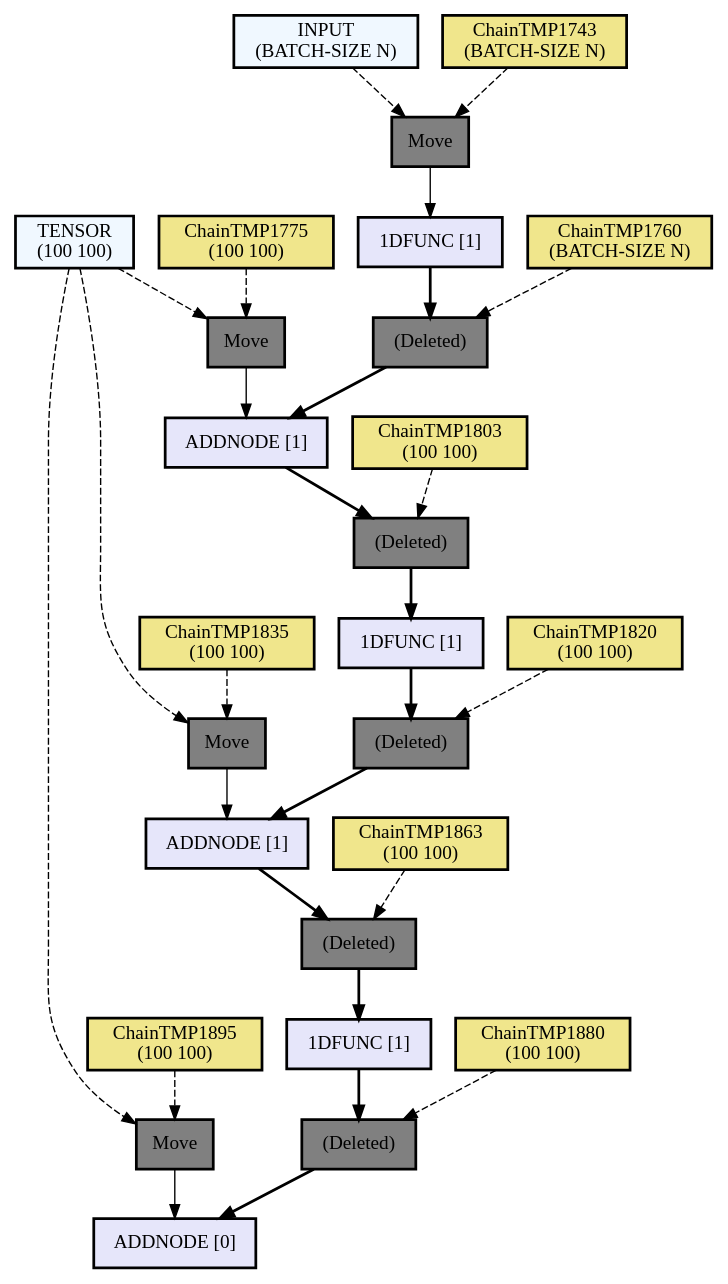
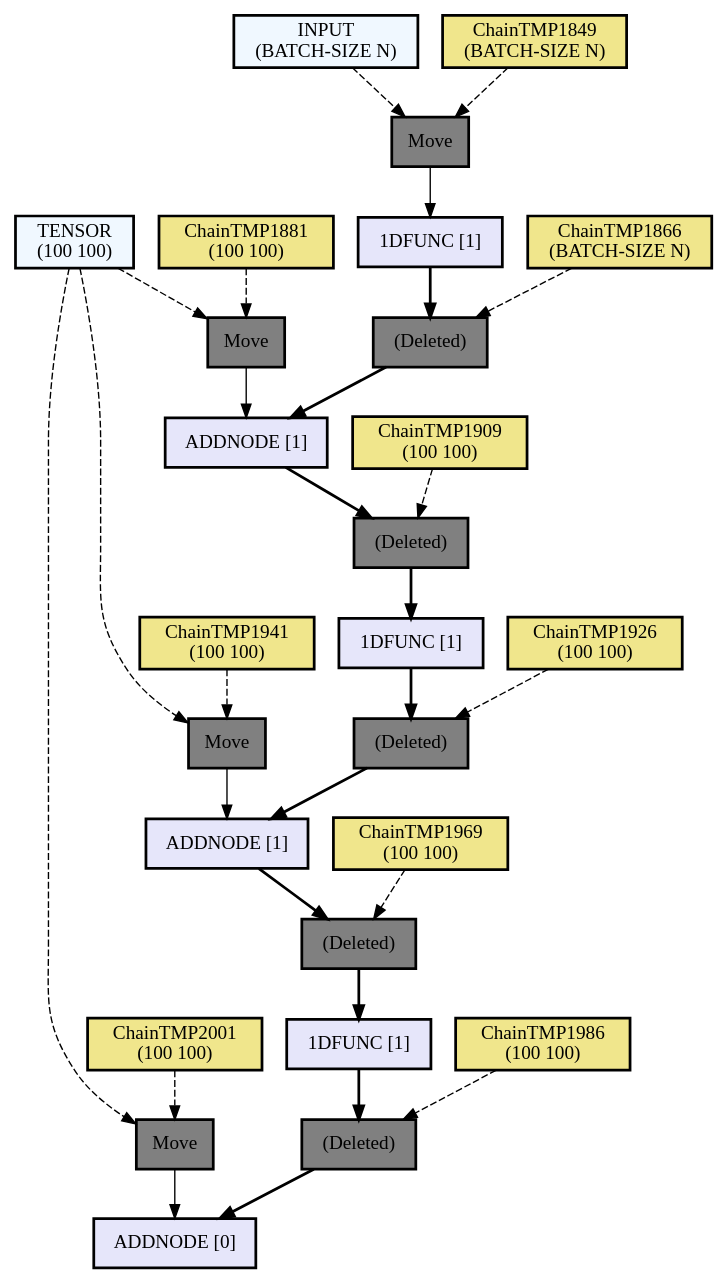
Before and after one commit to hikettei/cl-waffe2: the diagram in assets/out1.dot, drawn with Graphviz. The commit also changed 14 other files, not shown here.

```diff
--- a/assets/out1.dot
+++ b/assets/out1.dot
@@ -1,71 +1,71 @@
 digraph computation_node {
   node[shape="box" style="filled" color="black" penwidth="2"];
   TENSOR [label = "TENSOR
 (100 100)" fillcolor="#f0f8ff" style="filled, solid"];
-  ChainTMP1895 [label = "ChainTMP1895
+  ChainTMP2001 [label = "ChainTMP2001
 (100 100)" fillcolor="#f0e68c" style="filled, solid"];
-  NODE1979 [label = "Move" fillcolor="gray" style="filled, solid"];
+  NODE2085 [label = "Move" fillcolor="gray" style="filled, solid"];
   TENSOR [label = "TENSOR
 (100 100)" fillcolor="#f0f8ff" style="filled, solid"];
-  ChainTMP1835 [label = "ChainTMP1835
+  ChainTMP1941 [label = "ChainTMP1941
 (100 100)" fillcolor="#f0e68c" style="filled, solid"];
-  NODE1976 [label = "Move" fillcolor="gray" style="filled, solid"];
+  NODE2082 [label = "Move" fillcolor="gray" style="filled, solid"];
   TENSOR [label = "TENSOR
 (100 100)" fillcolor="#f0f8ff" style="filled, solid"];
-  ChainTMP1775 [label = "ChainTMP1775
+  ChainTMP1881 [label = "ChainTMP1881
 (100 100)" fillcolor="#f0e68c" style="filled, solid"];
-  NODE1973 [label = "Move" fillcolor="gray" style="filled, solid"];
+  NODE2079 [label = "Move" fillcolor="gray" style="filled, solid"];
   INPUT [label = "INPUT
 (BATCH-SIZE N)" fillcolor="#f0f8ff" style="filled, solid"];
-  ChainTMP1743 [label = "ChainTMP1743
+  ChainTMP1849 [label = "ChainTMP1849
 (BATCH-SIZE N)" fillcolor="#f0e68c" style="filled, solid"];
-  NODE1970 [label = "Move" fillcolor="gray" style="filled, solid"];
-  NODE1969 [label = "1DFUNC [1]" fillcolor="#e6e6fa" style="filled, solid"];
-  ChainTMP1760 [label = "ChainTMP1760
+  NODE2076 [label = "Move" fillcolor="gray" style="filled, solid"];
+  NODE2075 [label = "1DFUNC [1]" fillcolor="#e6e6fa" style="filled, solid"];
+  ChainTMP1866 [label = "ChainTMP1866
 (BATCH-SIZE N)" fillcolor="#f0e68c" style="filled, solid"];
-  NODE1967 [label = "(Deleted)" fillcolor="gray" style="filled, solid"];
-  NODE1966 [label = "ADDNODE [1]" fillcolor="#e6e6fa" style="filled, solid"];
-  ChainTMP1803 [label = "ChainTMP1803
+  NODE2073 [label = "(Deleted)" fillcolor="gray" style="filled, solid"];
+  NODE2072 [label = "ADDNODE [1]" fillcolor="#e6e6fa" style="filled, solid"];
+  ChainTMP1909 [label = "ChainTMP1909
 (100 100)" fillcolor="#f0e68c" style="filled, solid"];
-  NODE1964 [label = "(Deleted)" fillcolor="gray" style="filled, solid"];
-  NODE1963 [label = "1DFUNC [1]" fillcolor="#e6e6fa" style="filled, solid"];
-  ChainTMP1820 [label = "ChainTMP1820
+  NODE2070 [label = "(Deleted)" fillcolor="gray" style="filled, solid"];
+  NODE2069 [label = "1DFUNC [1]" fillcolor="#e6e6fa" style="filled, solid"];
+  ChainTMP1926 [label = "ChainTMP1926
 (100 100)" fillcolor="#f0e68c" style="filled, solid"];
-  NODE1961 [label = "(Deleted)" fillcolor="gray" style="filled, solid"];
-  NODE1960 [label = "ADDNODE [1]" fillcolor="#e6e6fa" style="filled, solid"];
-  ChainTMP1863 [label = "ChainTMP1863
+  NODE2067 [label = "(Deleted)" fillcolor="gray" style="filled, solid"];
+  NODE2066 [label = "ADDNODE [1]" fillcolor="#e6e6fa" style="filled, solid"];
+  ChainTMP1969 [label = "ChainTMP1969
 (100 100)" fillcolor="#f0e68c" style="filled, solid"];
-  NODE1958 [label = "(Deleted)" fillcolor="gray" style="filled, solid"];
-  NODE1957 [label = "1DFUNC [1]" fillcolor="#e6e6fa" style="filled, solid"];
-  ChainTMP1880 [label = "ChainTMP1880
+  NODE2064 [label = "(Deleted)" fillcolor="gray" style="filled, solid"];
+  NODE2063 [label = "1DFUNC [1]" fillcolor="#e6e6fa" style="filled, solid"];
+  ChainTMP1986 [label = "ChainTMP1986
 (100 100)" fillcolor="#f0e68c" style="filled, solid"];
-  NODE1955 [label = "(Deleted)" fillcolor="gray" style="filled, solid"];
-  NODE1954 [label = "ADDNODE [0]" fillcolor="#e6e6fa" style="filled, solid"];
-  NODE1955 -> NODE1954[penwidth="2"];
-  ChainTMP1880 -> NODE1955[style="dashed"];
-  NODE1957 -> NODE1955[penwidth="2"];
-  NODE1958 -> NODE1957[penwidth="2"];
-  ChainTMP1863 -> NODE1958[style="dashed"];
-  NODE1960 -> NODE1958[penwidth="2"];
-  NODE1961 -> NODE1960[penwidth="2"];
-  ChainTMP1820 -> NODE1961[style="dashed"];
-  NODE1963 -> NODE1961[penwidth="2"];
-  NODE1964 -> NODE1963[penwidth="2"];
-  ChainTMP1803 -> NODE1964[style="dashed"];
-  NODE1966 -> NODE1964[penwidth="2"];
-  NODE1967 -> NODE1966[penwidth="2"];
-  ChainTMP1760 -> NODE1967[style="dashed"];
-  NODE1969 -> NODE1967[penwidth="2"];
-  NODE1970 -> NODE1969[weight=10];
-  ChainTMP1743 -> NODE1970[style="dashed"];
-  INPUT -> NODE1970[style="dashed"];
-  NODE1973 -> NODE1966[weight=10];
-  ChainTMP1775 -> NODE1973[style="dashed"];
-  TENSOR -> NODE1973[style="dashed"];
-  NODE1976 -> NODE1960[weight=10];
-  ChainTMP1835 -> NODE1976[style="dashed"];
-  TENSOR -> NODE1976[style="dashed"];
-  NODE1979 -> NODE1954[weight=10];
-  ChainTMP1895 -> NODE1979[style="dashed"];
-  TENSOR -> NODE1979[style="dashed"];
+  NODE2061 [label = "(Deleted)" fillcolor="gray" style="filled, solid"];
+  NODE2060 [label = "ADDNODE [0]" fillcolor="#e6e6fa" style="filled, solid"];
+  NODE2061 -> NODE2060[penwidth="2"];
+  ChainTMP1986 -> NODE2061[style="dashed"];
+  NODE2063 -> NODE2061[penwidth="2"];
+  NODE2064 -> NODE2063[penwidth="2"];
+  ChainTMP1969 -> NODE2064[style="dashed"];
+  NODE2066 -> NODE2064[penwidth="2"];
+  NODE2067 -> NODE2066[penwidth="2"];
+  ChainTMP1926 -> NODE2067[style="dashed"];
+  NODE2069 -> NODE2067[penwidth="2"];
+  NODE2070 -> NODE2069[penwidth="2"];
+  ChainTMP1909 -> NODE2070[style="dashed"];
+  NODE2072 -> NODE2070[penwidth="2"];
+  NODE2073 -> NODE2072[penwidth="2"];
+  ChainTMP1866 -> NODE2073[style="dashed"];
+  NODE2075 -> NODE2073[penwidth="2"];
+  NODE2076 -> NODE2075[weight=10];
+  ChainTMP1849 -> NODE2076[style="dashed"];
+  INPUT -> NODE2076[style="dashed"];
+  NODE2079 -> NODE2072[weight=10];
+  ChainTMP1881 -> NODE2079[style="dashed"];
+  TENSOR -> NODE2079[style="dashed"];
+  NODE2082 -> NODE2066[weight=10];
+  ChainTMP1941 -> NODE2082[style="dashed"];
+  TENSOR -> NODE2082[style="dashed"];
+  NODE2085 -> NODE2060[weight=10];
+  ChainTMP2001 -> NODE2085[style="dashed"];
+  TENSOR -> NODE2085[style="dashed"];
 }
```
